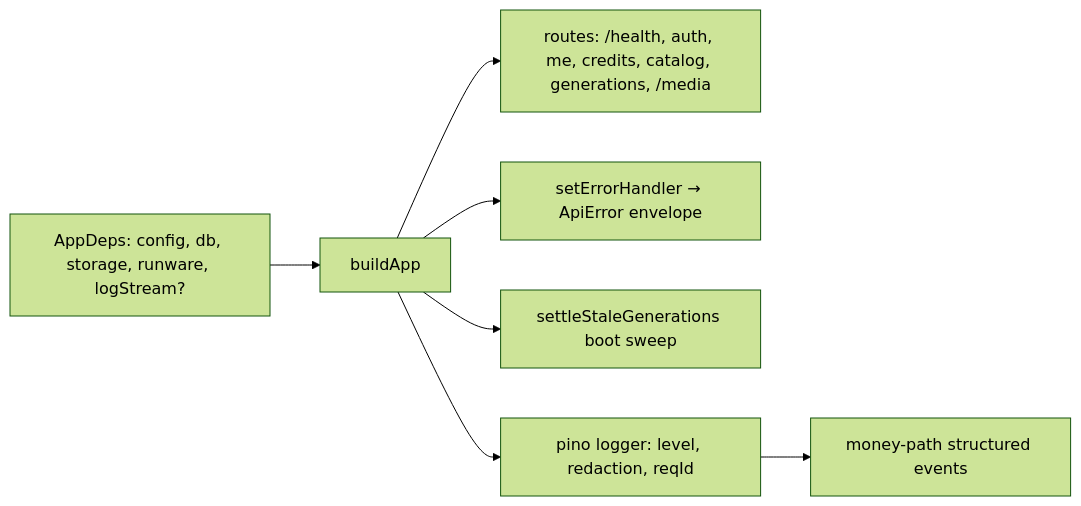
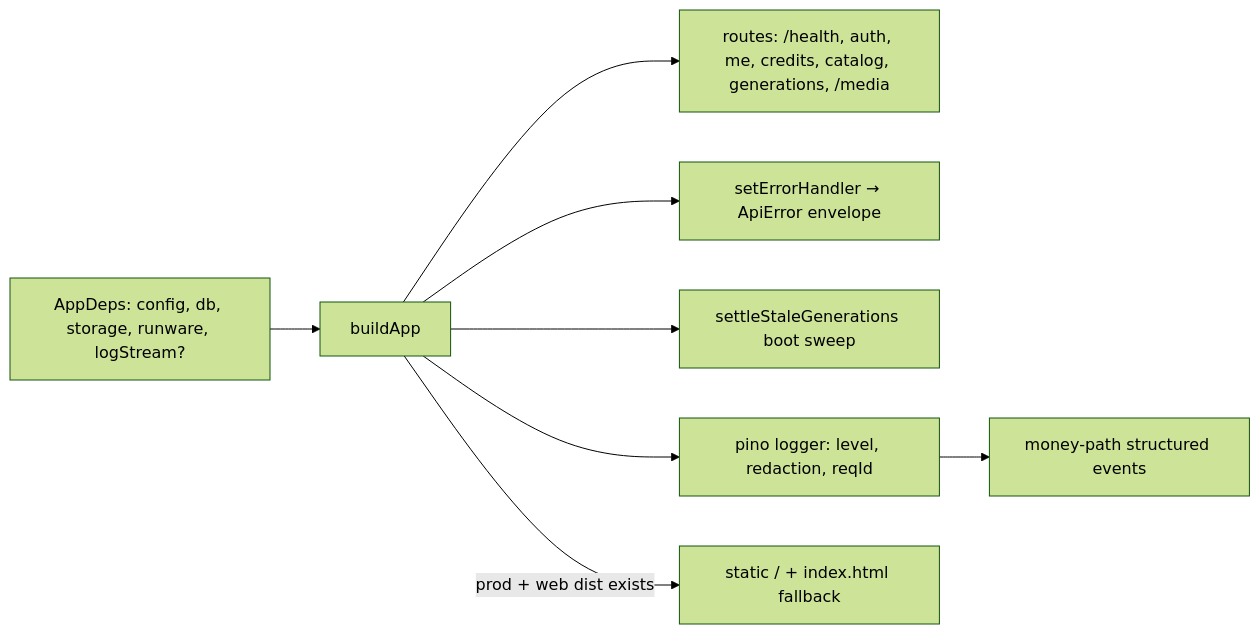
Before and after one commit to AzamatRaimbekov2/openCreate: the diagram in apps/api/src/app.ts.md, drawn with Mermaid (forest theme). The commit also changed other lines of this file and 19 other files, not shown here.

````diff
--- a/apps/api/src/app.ts.md
+++ b/apps/api/src/app.ts.md
@@ -19,7 +19,8 @@
 ```mermaid
 flowchart LR
   DEPS[AppDeps: config, db, storage, runware, logStream?] --> B[buildApp] --> R[routes: /health, auth, me, credits, catalog, generations, /media]
   B --> EH[setErrorHandler → ApiError envelope]
   B --> SW[settleStaleGenerations boot sweep]
   B --> LG[pino logger: level, redaction, reqId] --> ML[money-path structured events]
+  B -->|prod + web dist exists| SPA[static / + index.html fallback]
 ```
````
